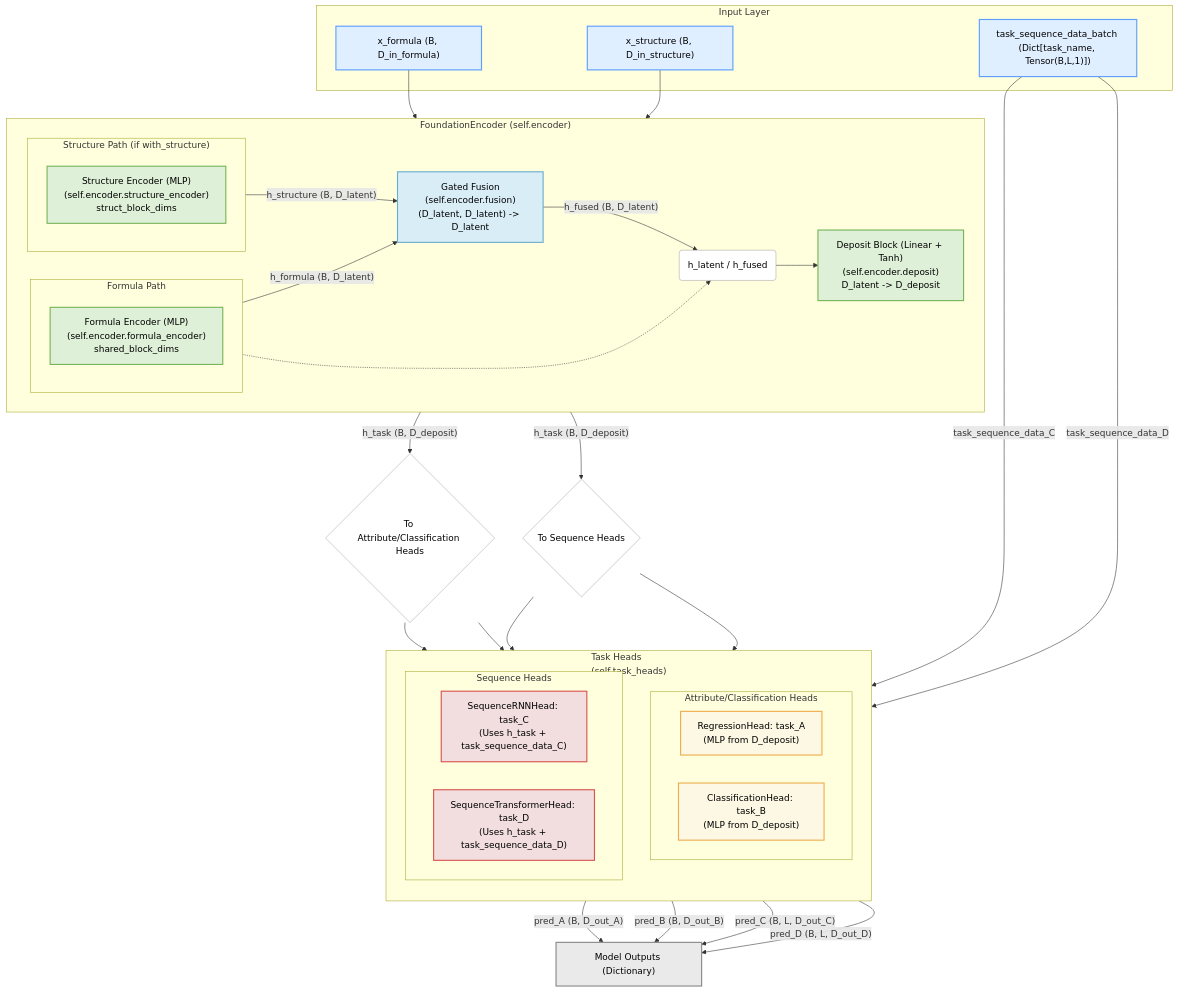
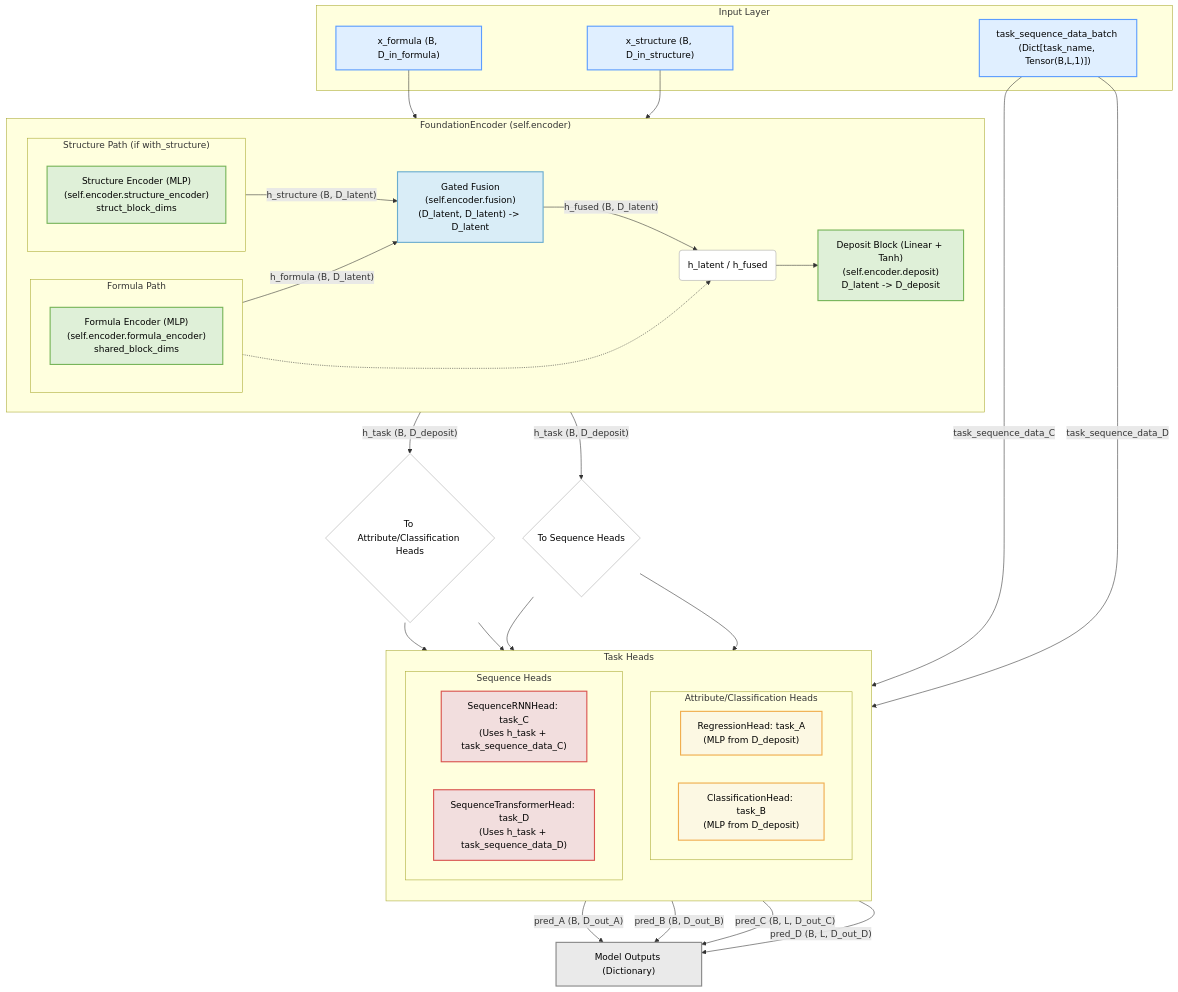
The diagram in ARCHITECTURE.md (TsumiNa/foundation_model), drawn with Mermaid before and after one commit.

````diff
--- a/ARCHITECTURE.md
+++ b/ARCHITECTURE.md
@@ -9,80 +9,80 @@
 ```mermaid
 graph TD
     subgraph InputLayer["Input Layer"]
         X_formula["x_formula (B, D_in_formula)"]
         X_structure["x_structure (B, D_in_structure)"]
         Task_Sequence_Data_Batch["task_sequence_data_batch (Dict[task_name, Tensor(B,L,1)])"]
     end
 
     subgraph FoundationEncoderModule["FoundationEncoder (self.encoder)"]
         direction LR
         subgraph FormulaPath["Formula Path"]
             direction TB
             F_Encoder["Formula Encoder (MLP)<br/>(self.encoder.formula_encoder)<br/>shared_block_dims"]
         end
         subgraph StructurePath["Structure Path (if with_structure)"]
             direction TB
             S_Encoder["Structure Encoder (MLP)<br/>(self.encoder.structure_encoder)<br/>struct_block_dims"]
         end
         
         Fusion["Gated Fusion<br/>(self.encoder.fusion)<br/>(D_latent, D_latent) -> D_latent"]
         DepositBlock["Deposit Block (Linear + Tanh)<br/>(self.encoder.deposit)<br/>D_latent -> D_deposit"]
         
         X_formula --> F_Encoder
         X_structure --> S_Encoder
         F_Encoder --"h_formula (B, D_latent)"--> Fusion
         S_Encoder --"h_structure (B, D_latent)"--> Fusion
         F_Encoder -.-> H_Latent_Output_Point("h_latent / h_fused")
         Fusion      --"h_fused (B, D_latent)"--> H_Latent_Output_Point
         H_Latent_Output_Point --> DepositBlock
     end
 
     DepositBlock --"h_task (B, D_deposit)"--> AttrTaskHeadsJunction{"To Attribute/Classification Heads"}
     DepositBlock --"h_task (B, D_deposit)"--> SeqTaskHeadsJunction{"To Sequence Heads"}
 
 
-    subgraph TaskHeadsModule["Task Heads<br/>(self.task_heads)"]
+    subgraph TaskHeadsModule["Task Heads"]
         direction TB
         subgraph AttrClassHeads["Attribute/Classification Heads"]
             direction LR
             RegHead["RegressionHead: task_A<br/>(MLP from D_deposit)"]
             ClassHead["ClassificationHead: task_B<br/>(MLP from D_deposit)"]
         end
         subgraph SeqHeads["Sequence Heads"]
             direction LR
             SeqHeadRNN["SequenceRNNHead: task_C<br/>(Uses h_task + task_sequence_data_C)"]
             SeqHeadTransformer["SequenceTransformerHead: task_D<br/>(Uses h_task + task_sequence_data_D)"]
         end
     end
     
     AttrTaskHeadsJunction --> RegHead
     AttrTaskHeadsJunction --> ClassHead
     
     SeqTaskHeadsJunction --> SeqHeadRNN
     Task_Sequence_Data_Batch --"task_sequence_data_C"--> SeqHeadRNN
     SeqTaskHeadsJunction --> SeqHeadTransformer
     Task_Sequence_Data_Batch --"task_sequence_data_D"--> SeqHeadTransformer
 
     RegHead --"pred_A (B, D_out_A)"--> OutputLayer["Model Outputs (Dictionary)"]
     ClassHead --"pred_B (B, D_out_B)"--> OutputLayer
     SeqHeadRNN --"pred_C (B, L, D_out_C)"--> OutputLayer
     SeqHeadTransformer --"pred_D (B, L, D_out_D)"--> OutputLayer
 
     classDef input fill:#E0EFFF,stroke:#5C9DFF,stroke-width:2px,color:#000000;
     classDef foundation fill:#DFF0D8,stroke:#77B55A,stroke-width:2px,color:#000000;
     classDef fusion fill:#D9EDF7,stroke:#6BADCF,stroke-width:2px,color:#000000;
     classDef taskhead fill:#FCF8E3,stroke:#F0AD4E,stroke-width:2px,color:#000000;
     classDef seqtaskhead fill:#F2DEDE,stroke:#D9534F,stroke-width:2px,color:#000000;
     classDef output fill:#EAEAEA,stroke:#888888,stroke-width:2px,color:#000000;
     classDef junction fill:#FFFFFF,stroke:#AAAAAA,stroke-width:1px,color:#000000,shape:circle;
     classDef point fill:#FFFFFF,stroke:#AAAAAA,stroke-width:1px,color:#000000,shape:point;
 
     class X_formula,X_structure,Task_Sequence_Data_Batch input;
     class F_Encoder,S_Encoder,DepositBlock foundation;
     class Fusion fusion;
     class H_Latent_Output_Point point;
     class AttrTaskHeadsJunction,SeqTaskHeadsJunction junction;
     class RegHead,ClassHead taskhead;
     class SeqHeadRNN,SeqHeadTransformer seqtaskhead;
     class OutputLayer output;
 ```
````
